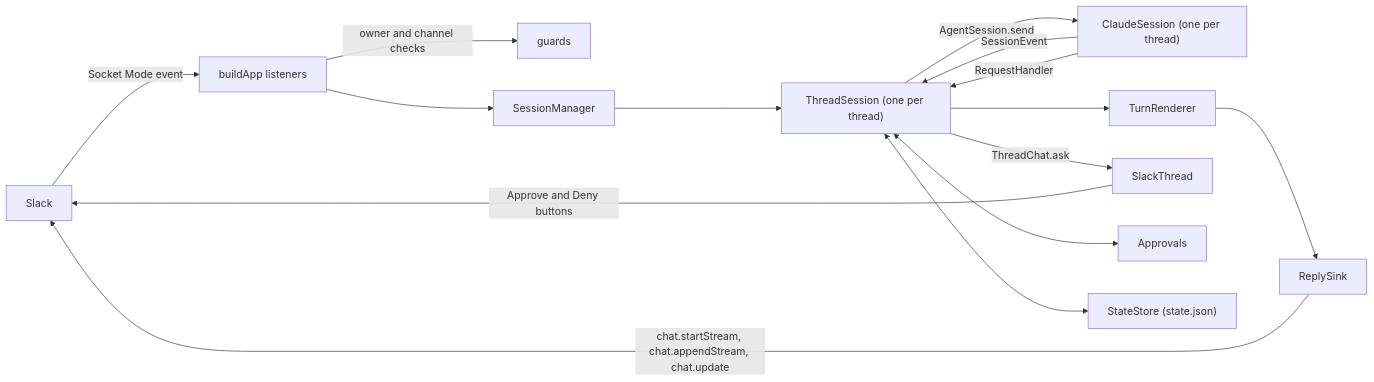
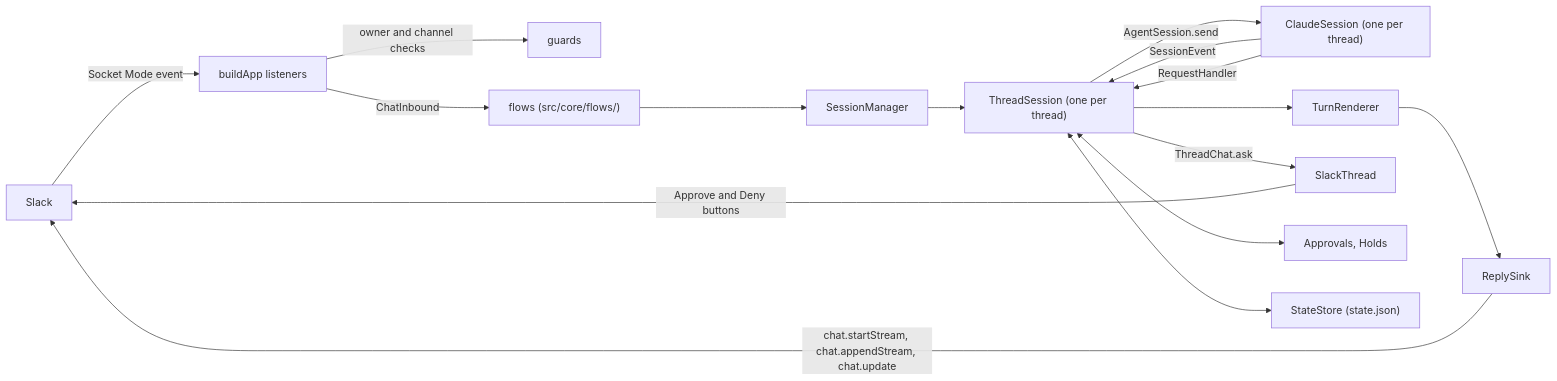
Before and after one commit to duqaXxX/awaydesk: the diagram in docs/architecture.md, drawn with Mermaid. The commit also changed other lines of this file and 4 other files, not shown here.

First line of the commit message:
Describe the agent and chat modules, the flows and the port in the docs

````diff
--- a/docs/architecture.md
+++ b/docs/architecture.md
@@ -91,17 +113,18 @@
 ```mermaid
 flowchart LR
     Slack["Slack"] -->|"Socket Mode event"| App["buildApp listeners"]
     App -->|"owner and channel checks"| Guards["guards"]
-    App --> Manager["SessionManager"]
+    App -->|"ChatInbound"| Flows["flows (src/core/flows/)"]
+    Flows --> Manager["SessionManager"]
     Manager --> Thread["ThreadSession (one per thread)"]
     Thread -->|"AgentSession.send"| Client["ClaudeSession (one per thread)"]
     Client -->|"SessionEvent"| Thread
     Thread --> Renderer["TurnRenderer"]
     Renderer --> Sink["ReplySink"]
     Sink -->|"chat.startStream, chat.appendStream, chat.update"| Slack
     Client -->|"RequestHandler"| Thread
     Thread -->|"ThreadChat.ask"| Chat["SlackThread"]
     Chat -->|"Approve and Deny buttons"| Slack
-    Thread <--> Approvals["Approvals"]
+    Thread <--> Approvals["Approvals, Holds"]
     Thread <--> State["StateStore (state.json)"]
 ```
````
